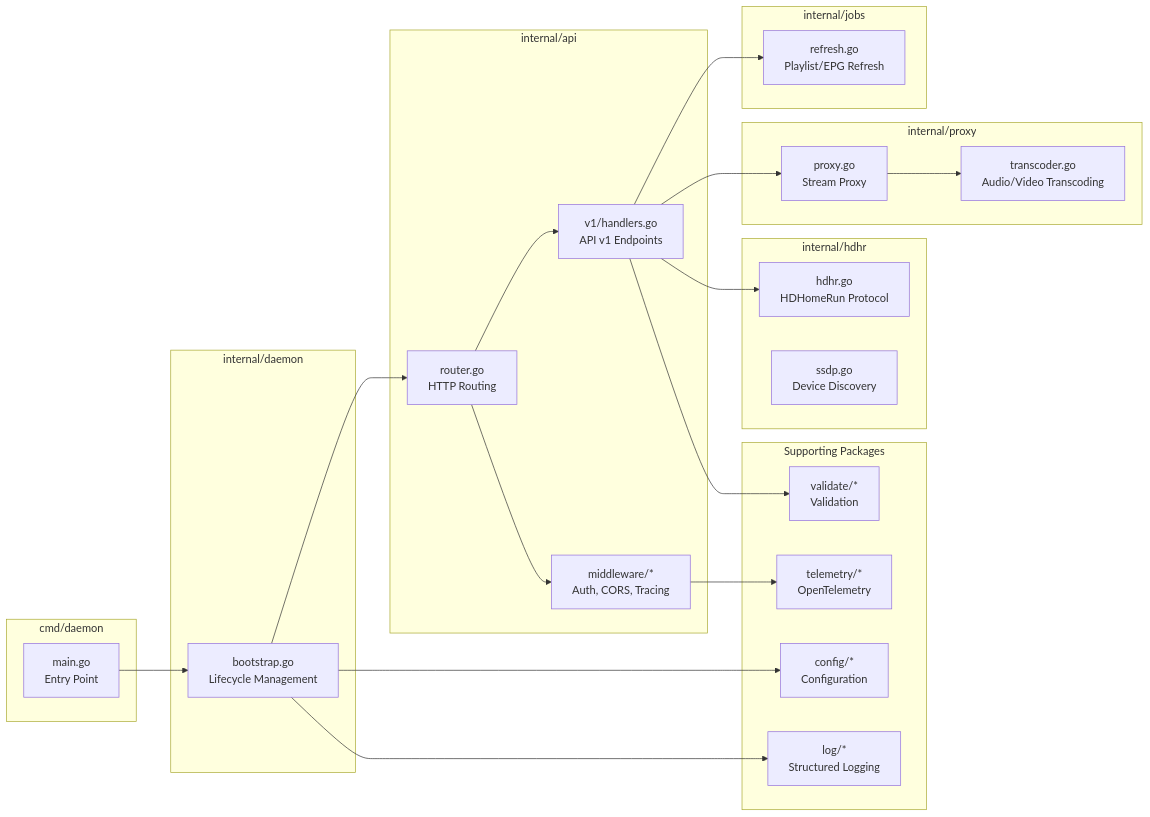
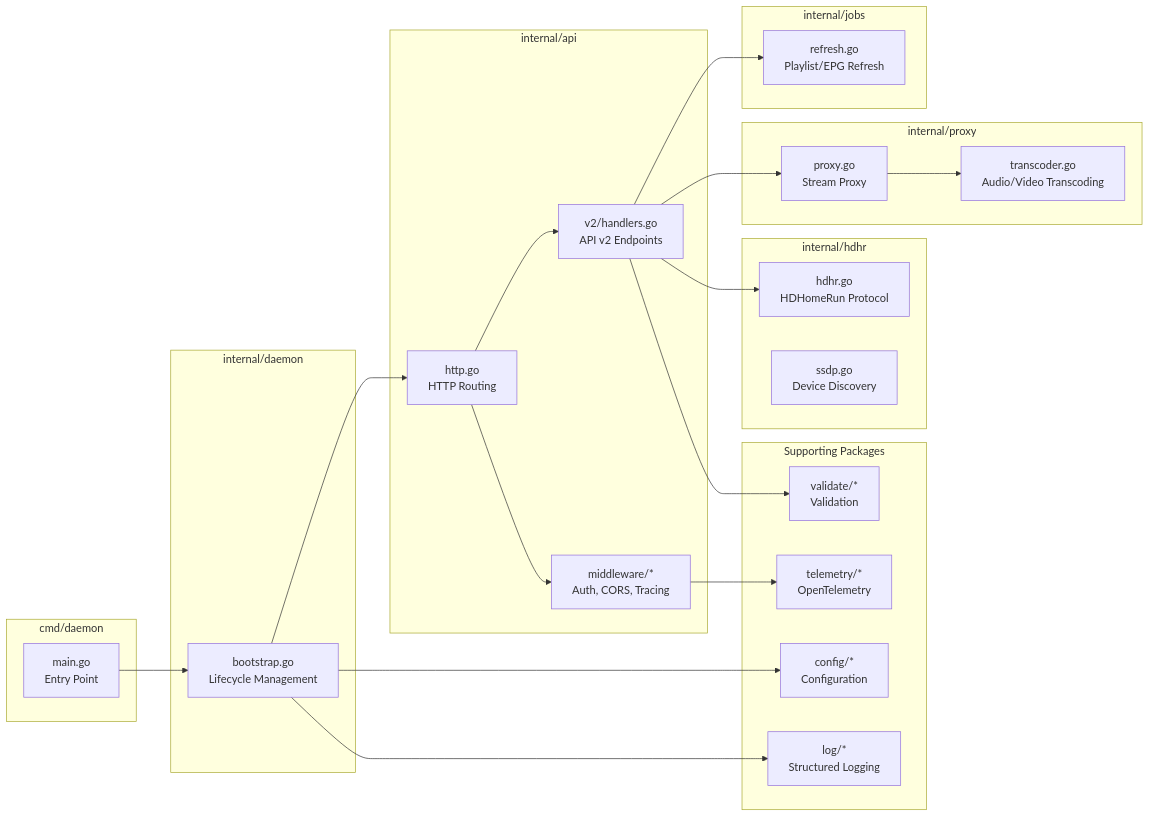
One commit to ManuGH/xg2g changed the second of 4 diagrams in docs/ARCHITECTURE.md. Above: the diagram before and after it, drawn with Mermaid. The commit also changed other lines of this file and 28 other files, not shown here.

````diff
--- a/docs/ARCHITECTURE.md
+++ b/docs/ARCHITECTURE.md
@@ -80,50 +80,50 @@
 ```mermaid
 graph LR
     subgraph "cmd/daemon"
         Main[main.go<br/>Entry Point]
     end
 
     subgraph "internal/daemon"
         Bootstrap[bootstrap.go<br/>Lifecycle Management]
     end
 
     subgraph "internal/api"
-        Router[router.go<br/>HTTP Routing]
-        V1[v1/handlers.go<br/>API v1 Endpoints]
+        Router[http.go<br/>HTTP Routing]
+        V2[v2/handlers.go<br/>API v2 Endpoints]
         MW[middleware/*<br/>Auth, CORS, Tracing]
     end
 
     subgraph "internal/jobs"
         Refresh[refresh.go<br/>Playlist/EPG Refresh]
     end
 
     subgraph "internal/proxy"
         Proxy[proxy.go<br/>Stream Proxy]
         TC[transcoder.go<br/>Audio/Video Transcoding]
     end
 
     subgraph "internal/hdhr"
         HDHR[hdhr.go<br/>HDHomeRun Protocol]
         SSDP[ssdp.go<br/>Device Discovery]
     end
 
     subgraph "Supporting Packages"
         Config[config/*<br/>Configuration]
         Validate[validate/*<br/>Validation]
         Telemetry[telemetry/*<br/>OpenTelemetry]
         Log[log/*<br/>Structured Logging]
     end
 
     Main --> Bootstrap
     Bootstrap --> Router
-    Router --> V1
+    Router --> V2
     Router --> MW
-    V1 --> Refresh
-    V1 --> Proxy
-    V1 --> HDHR
+    V2 --> Refresh
+    V2 --> Proxy
+    V2 --> HDHR
     Proxy --> TC
     Bootstrap --> Config
-    V1 --> Validate
+    V2 --> Validate
     MW --> Telemetry
     Bootstrap --> Log
 ```
````
